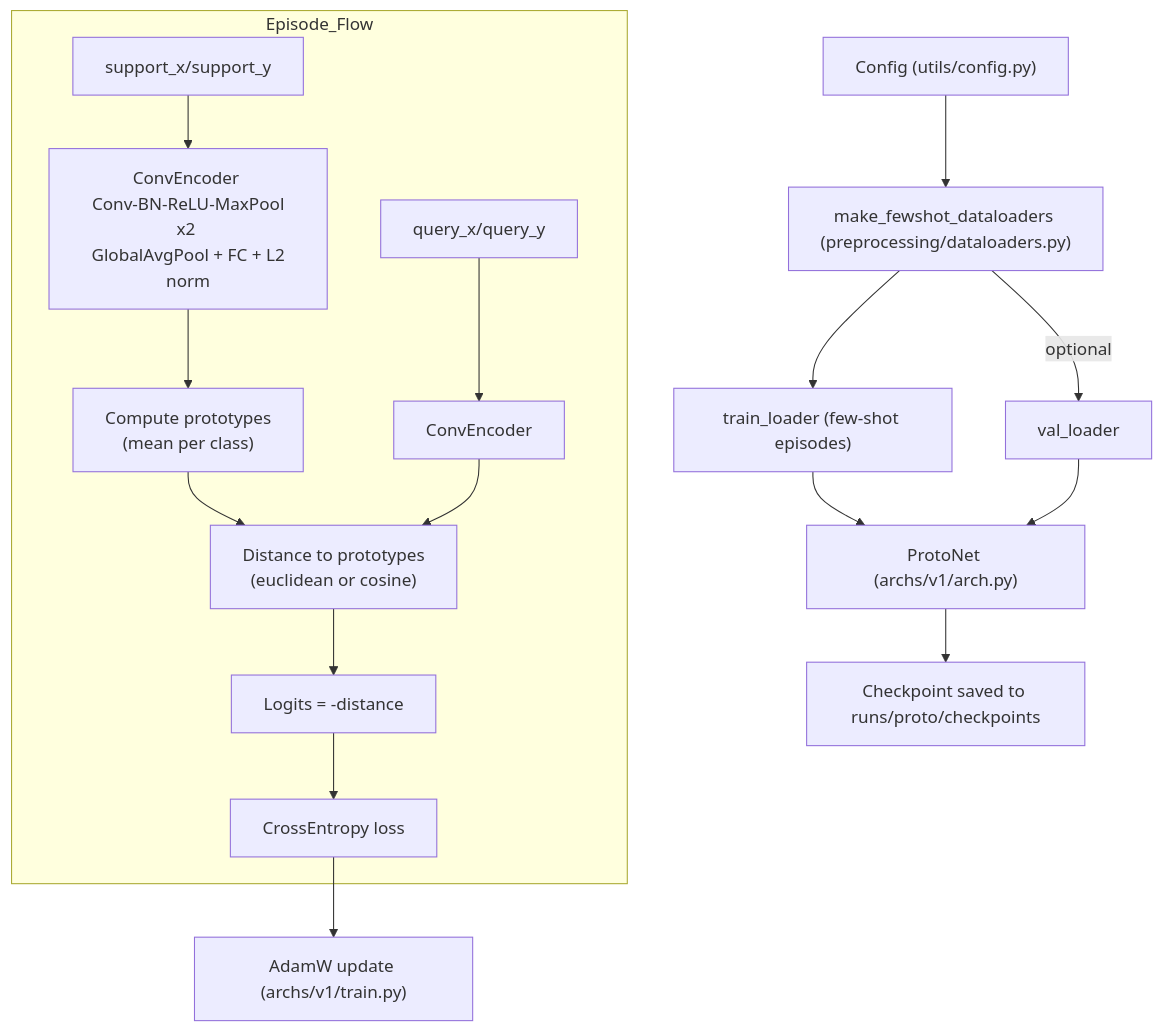
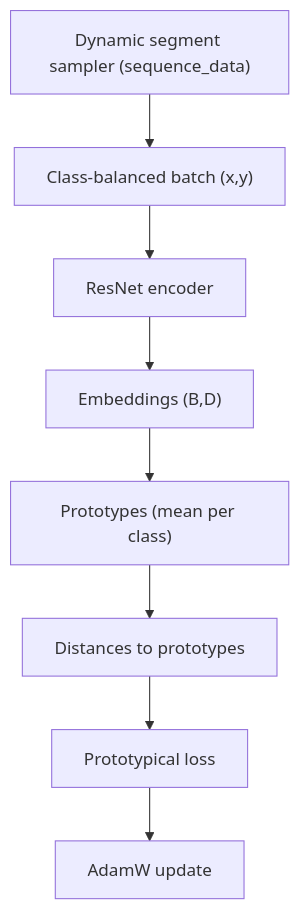
Before and after one commit to nnayz/uhh_project_dsai: the second of 2 diagrams in archs/v1/ARCHITECTURE.md, drawn with Mermaid. The commit also changed other lines of this file and 7828 other files, not shown here.

First line of the commit message:
Add dynamic PCEN sequence training and event-level validation for ProtoNet (#31)

````diff
--- a/archs/v1/ARCHITECTURE.md
+++ b/archs/v1/ARCHITECTURE.md
@@ -5,19 +29,10 @@
 ```mermaid
 flowchart TD
-    Cfg["Config (utils/config.py)"] --> DL["make_fewshot_dataloaders (preprocessing/dataloaders.py)"]
-    DL --> Train["train_loader (few-shot episodes)"]
-    DL -->|optional| Val["val_loader"]
-    Train --> Proto["ProtoNet (archs/v1/arch.py)"]
-    Val --> Proto
-    subgraph Episode_Flow
-        Sx["support_x/support_y"] --> EncS["ConvEncoder <br/> Conv-BN-ReLU-MaxPool x2 <br/> GlobalAvgPool + FC + L2 norm"]
-        Qx["query_x/query_y"] --> EncQ["ConvEncoder"]
-        EncS --> ProtoGen["Compute prototypes <br/> (mean per class)"]
-        ProtoGen --> Dist["Distance to prototypes <br/> (euclidean or cosine)"]
-        EncQ --> Dist
-        Dist --> Logits["Logits = -distance"]
-        Logits --> Loss["CrossEntropy loss"]
-    end
-    Loss --> Opt["AdamW update (archs/v1/train.py)"]
-    Proto --> CKPT["Checkpoint saved to runs/proto/checkpoints"]
+    Data["Dynamic segment sampler (sequence_data)"] --> Batch["Class-balanced batch (x,y)"]
+    Batch --> Enc["ResNet encoder"]
+    Enc --> Emb["Embeddings (B,D)"]
+    Emb --> Proto["Prototypes (mean per class)"]
+    Proto --> Dist["Distances to prototypes"]
+    Dist --> Loss["Prototypical loss"]
+    Loss --> Opt["AdamW update"]
 ```
````
